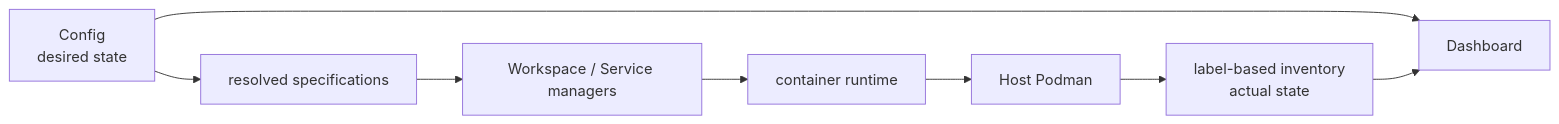
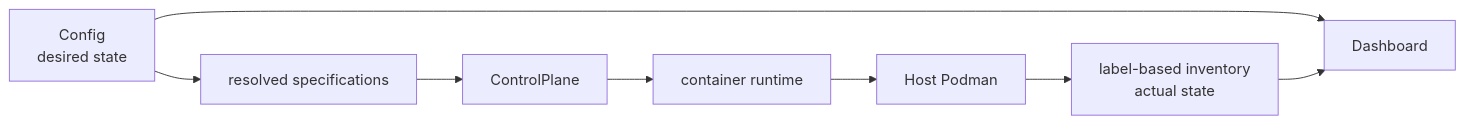
One commit to curoky/codespace changed the first of 3 diagrams in src/codespace/DESIGN.md. Above: the diagram before and after it, drawn with Mermaid. The commit also changed other lines of this file and 40 other files, not shown here.

````diff
--- a/src/codespace/DESIGN.md
+++ b/src/codespace/DESIGN.md
@@ -5,10 +5,10 @@
 ```mermaid
 flowchart LR
     Config["Config<br/>desired state"] --> Specs["resolved specifications"]
-    Specs --> Managers["Workspace / Service managers"]
-    Managers --> Runtime["container runtime"]
+    Specs --> Control["ControlPlane"]
+    Control --> Runtime["container runtime"]
     Runtime --> Podman["Host Podman"]
     Podman --> Inventory["label-based inventory<br/>actual state"]
     Config --> Dashboard
     Inventory --> Dashboard
 ```
````
